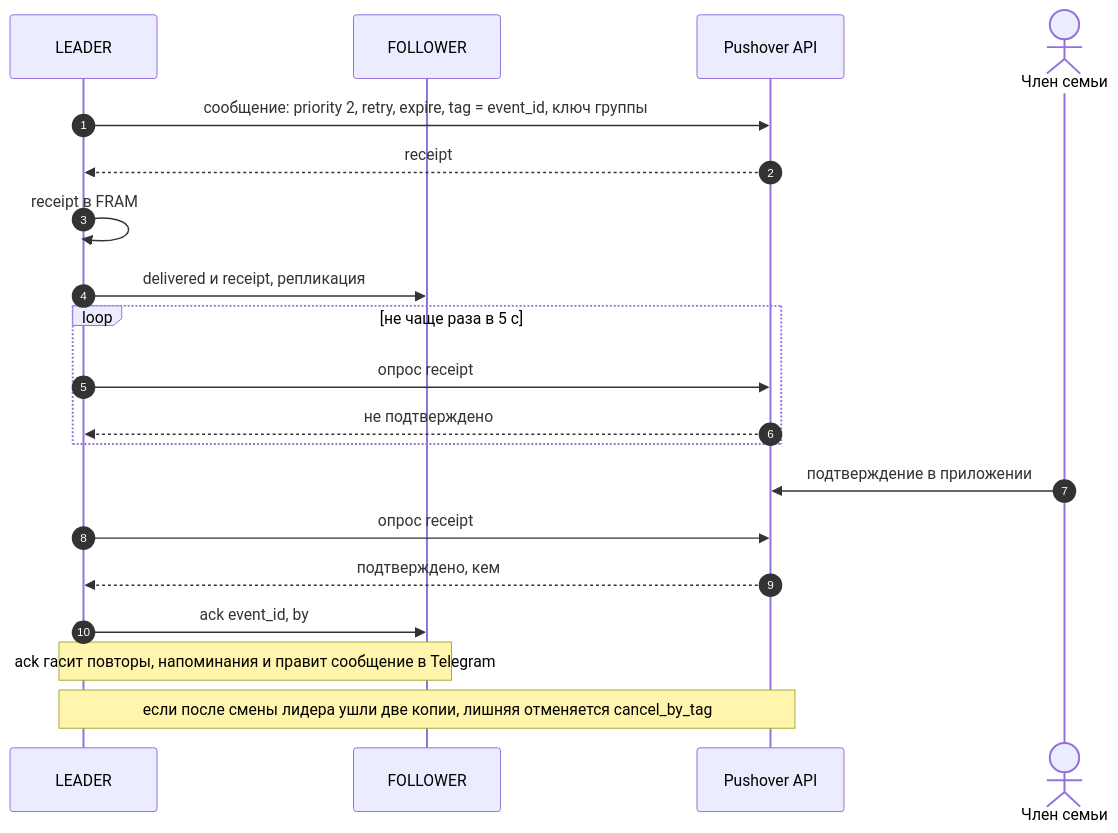
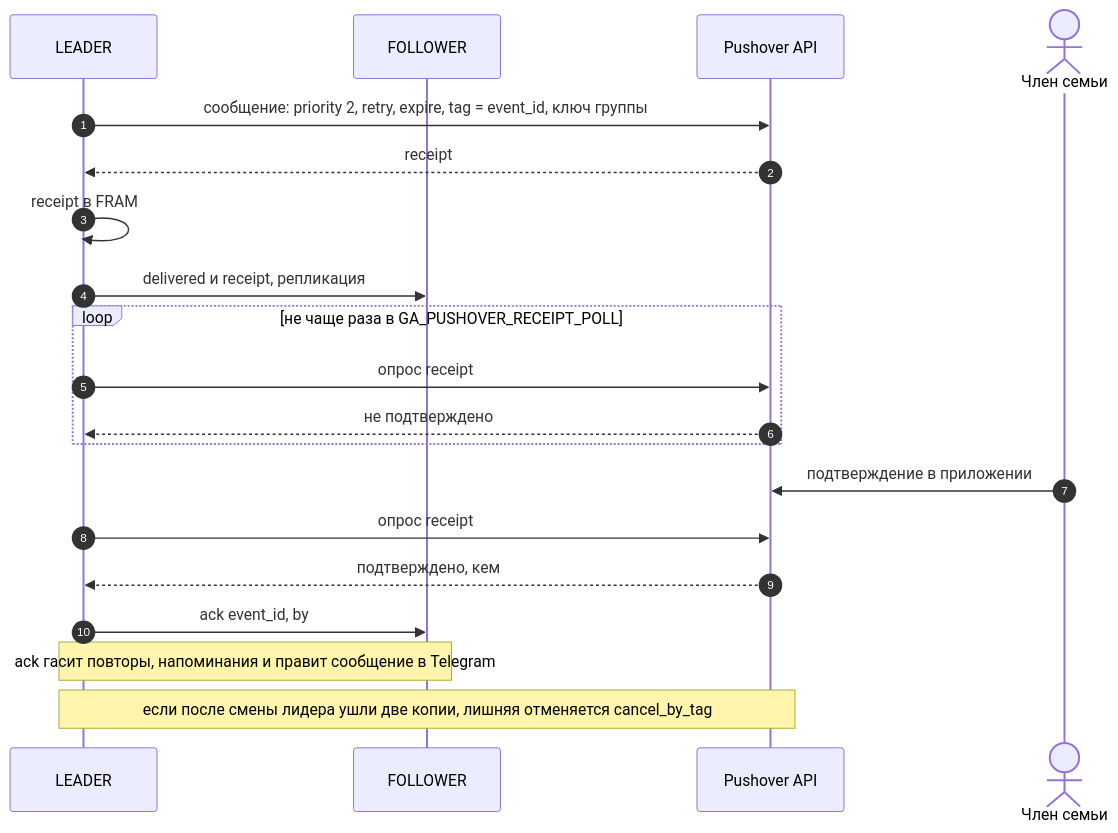
Before and after one commit to wol-micro/garageAlarms2.0: diagram 13 of 15 in _bmad-output/planning-artifacts/protocols-reference/garageAlarms2-протоколы-обмена.md, drawn with Mermaid. The commit also changed other lines of this file and 5 other files, not shown here.

````diff
--- a/_bmad-output/planning-artifacts/protocols-reference/garageAlarms2-протоколы-обмена.md
+++ b/_bmad-output/planning-artifacts/protocols-reference/garageAlarms2-протоколы-обмена.md
@@ -1029,22 +1029,22 @@
 ```mermaid
 sequenceDiagram
   autonumber
   participant A as LEADER
   participant B as FOLLOWER
   participant PO as Pushover API
   actor H as Член семьи
   A->>PO: сообщение: priority 2, retry, expire, tag = event_id, ключ группы
   PO-->>A: receipt
   A->>A: receipt в FRAM
   A->>B: delivered и receipt, репликация
-  loop не чаще раза в 5 с
+  loop не чаще раза в GA_PUSHOVER_RECEIPT_POLL
     A->>PO: опрос receipt
     PO-->>A: не подтверждено
   end
   H->>PO: подтверждение в приложении
   A->>PO: опрос receipt
   PO-->>A: подтверждено, кем
   A->>B: ack event_id, by
   Note over A,B: ack гасит повторы, напоминания и правит сообщение в Telegram
   Note over A,PO: если после смены лидера ушли две копии, лишняя отменяется cancel_by_tag
 ```
````
